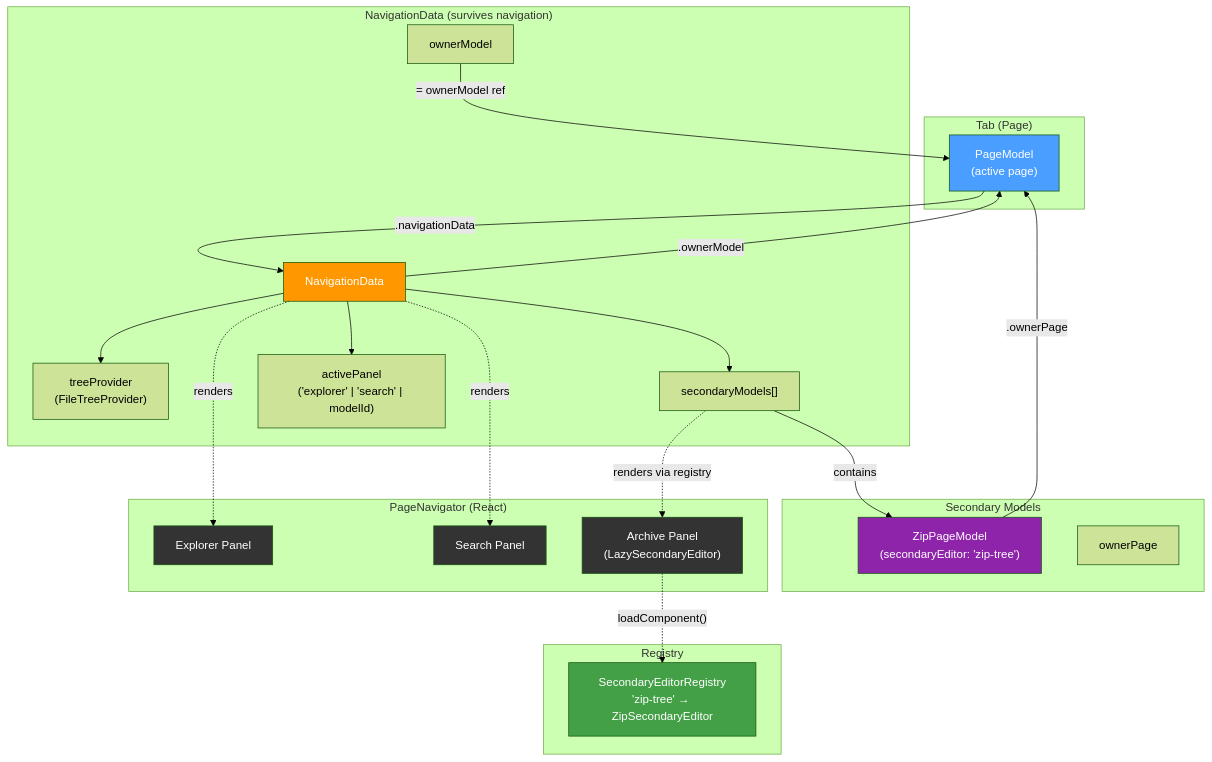
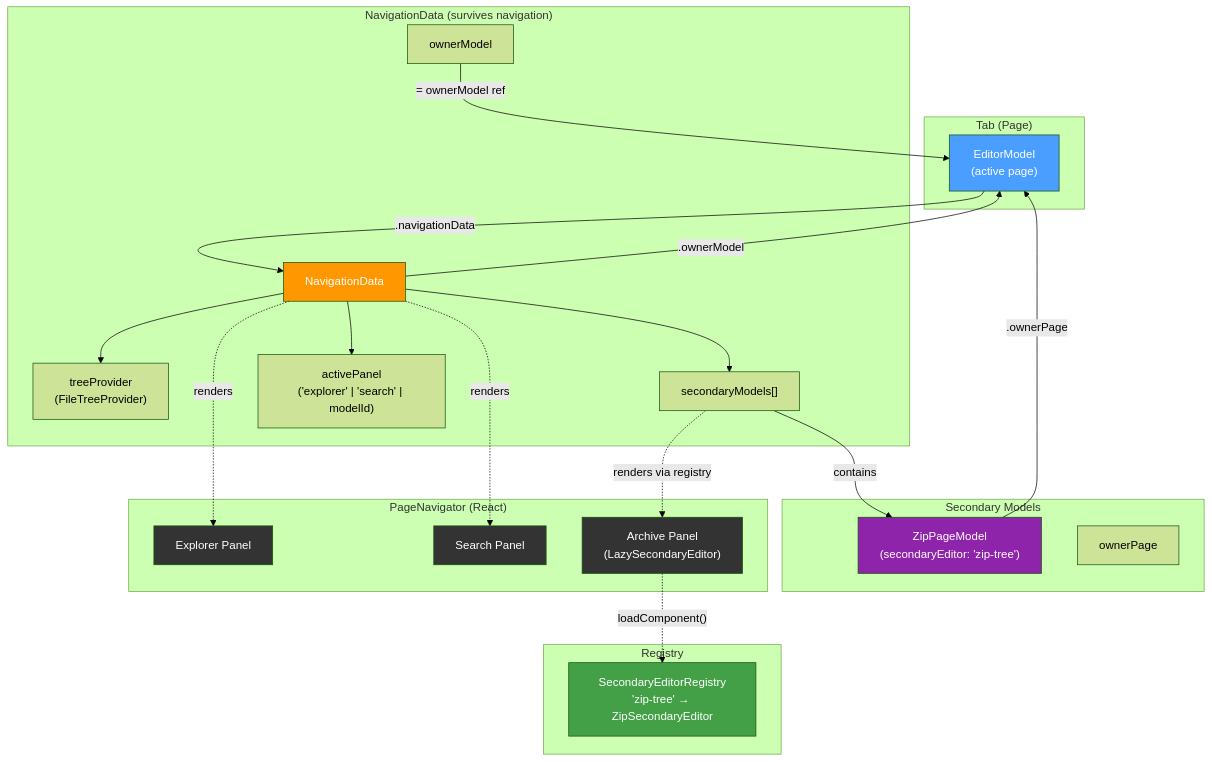
Before and after one commit to andriy-viyatyk/persephone: the diagram in doc/architecture/diagrams/Secondary Editor Architecture.mmd, drawn with Mermaid (forest theme). The commit also changed 47 other files, not shown here.

First line of the commit message:
US-318: Rename PageModel → EditorModel

```diff
--- a/doc/architecture/diagrams/Secondary Editor Architecture.mmd
+++ b/doc/architecture/diagrams/Secondary Editor Architecture.mmd
@@ -1,49 +1,49 @@
 graph TD
     subgraph "Tab (Page)"
-        PM["PageModel\n(active page)"]
+        PM["EditorModel\n(active page)"]
     end
 
     subgraph "NavigationData (survives navigation)"
         ND["NavigationData"]
         TP["treeProvider\n(FileTreeProvider)"]
         SM["secondaryModels[]"]
         AP["activePanel\n('explorer' | 'search' | modelId)"]
         OW["ownerModel"]
     end
 
     subgraph "Secondary Models"
         ZM["ZipPageModel\n(secondaryEditor: 'zip-tree')"]
         OP["ownerPage"]
     end
 
     subgraph "PageNavigator (React)"
         EP["Explorer Panel"]
         SP["Search Panel"]
         SEC["Archive Panel\n(LazySecondaryEditor)"]
     end
 
     subgraph "Registry"
         SER["SecondaryEditorRegistry\n'zip-tree' → ZipSecondaryEditor"]
     end
 
     PM -->|".navigationData"| ND
     ND -->|".ownerModel"| PM
     ND --> TP
     ND --> SM
     ND --> AP
     SM -->|"contains"| ZM
     ZM -->|".ownerPage"| PM
     OW -->|"= ownerModel ref"| PM
 
     ND -.->|"renders"| EP
     ND -.->|"renders"| SP
     SM -.->|"renders via registry"| SEC
     SEC -.->|"loadComponent()"| SER
 
     style PM fill:#4a9eff,color:#fff
     style ND fill:#ff9800,color:#fff
     style ZM fill:#8e24aa,color:#fff
     style SER fill:#43a047,color:#fff
     style EP fill:#333,color:#fff
     style SP fill:#333,color:#fff
     style SEC fill:#333,color:#fff
```
